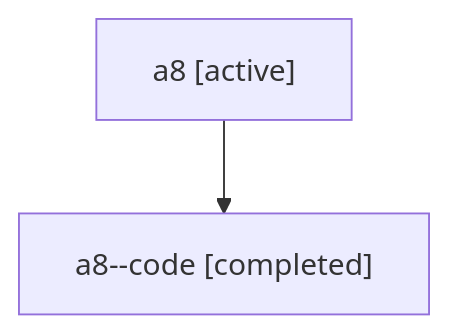
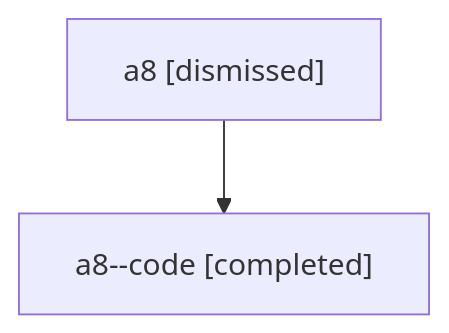
One commit to sase-org/sase--agents changed the diagram in sessions/bbugyi200.athena.a8.md. Above: the diagram before and after it, drawn with Mermaid. The commit also changed other lines of this file and 13 other files, not shown here.

````diff
--- a/sessions/bbugyi200.athena.a8.md
+++ b/sessions/bbugyi200.athena.a8.md
@@ -9,6 +9,6 @@
 ```mermaid
 flowchart TD
-  n0["a8 [active]"]
+  n0["a8 [dismissed]"]
   n1["a8--code [completed]"]
   n0 --> n1
 ```
````
